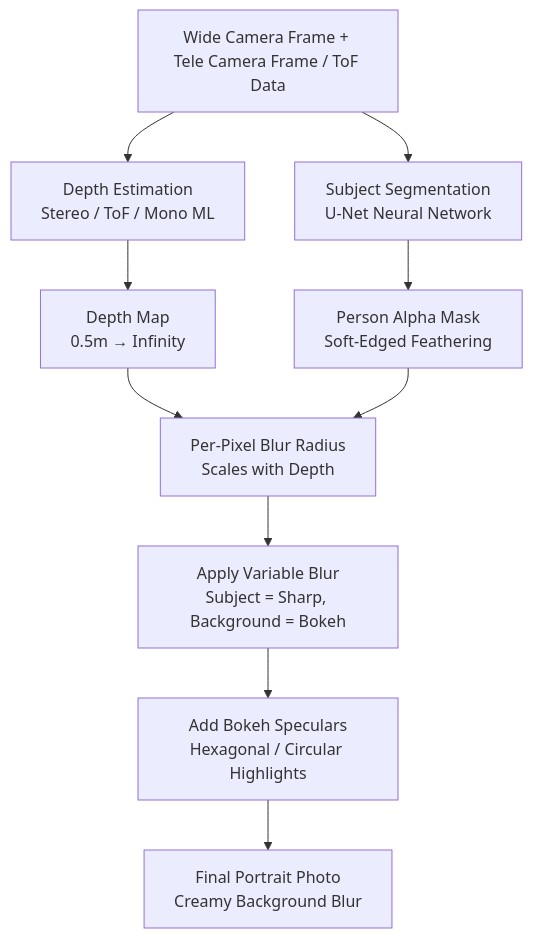
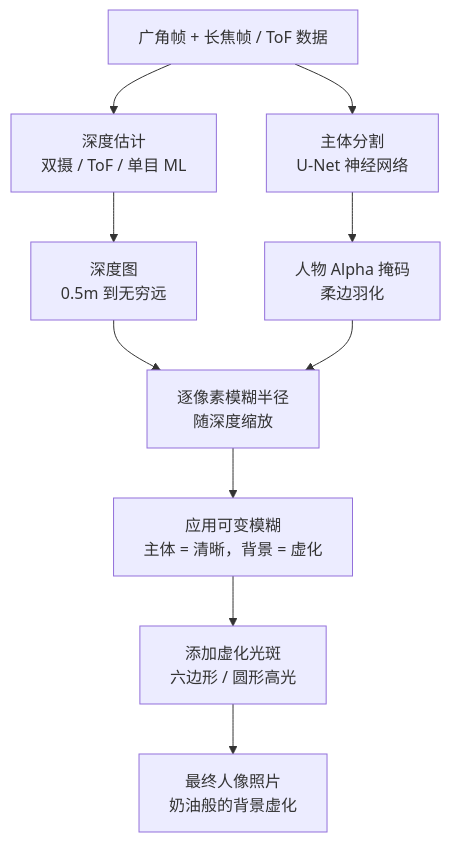
Before and after one commit to zoozooll/AndroidCameraParameters: the second of 7 diagrams in website/i18n/zh-Hans/docusaurus-plugin-content-docs/current/camera2/what-can-modern-smartphone-cameras-do.md, drawn with Mermaid. The commit also changed other lines of this file and 378 other files, not shown here.

````diff
--- a/website/i18n/zh-Hans/docusaurus-plugin-content-docs/current/camera2/what-can-modern-smartphone-cameras-do.md
+++ b/website/i18n/zh-Hans/docusaurus-plugin-content-docs/current/camera2/what-can-modern-smartphone-cameras-do.md
@@ -75,12 +75,12 @@
 ```mermaid
 flowchart TD
-    A[Wide Camera Frame + Tele Camera Frame / ToF Data] --> B[Depth Estimation\nStereo / ToF / Mono ML]
-    B --> C[Depth Map\n0.5m → Infinity]
-    A --> D[Subject Segmentation\nU-Net Neural Network]
-    D --> E[Person Alpha Mask\nSoft-Edged Feathering]
-    C --> F[Per-Pixel Blur Radius\nScales with Depth]
+    A["广角帧 + 长焦帧 / ToF 数据"] --> B["深度估计<br/>双摄 / ToF / 单目 ML"]
+    B --> C["深度图<br/>0.5m 到无穷远"]
+    A --> D["主体分割<br/>U-Net 神经网络"]
+    D --> E["人物 Alpha 掩码<br/>柔边羽化"]
+    C --> F["逐像素模糊半径<br/>随深度缩放"]
     E --> F
-    F --> G[Apply Variable Blur\nSubject = Sharp, Background = Bokeh]
-    G --> H[Add Bokeh Speculars\nHexagonal / Circular Highlights]
-    H --> I[Final Portrait Photo\nCreamy Background Blur]
+    F --> G["应用可变模糊<br/>主体 = 清晰，背景 = 虚化"]
+    G --> H["添加虚化光斑<br/>六边形 / 圆形高光"]
+    H --> I["最终人像照片<br/>奶油般的背景虚化"]
 ```
````
